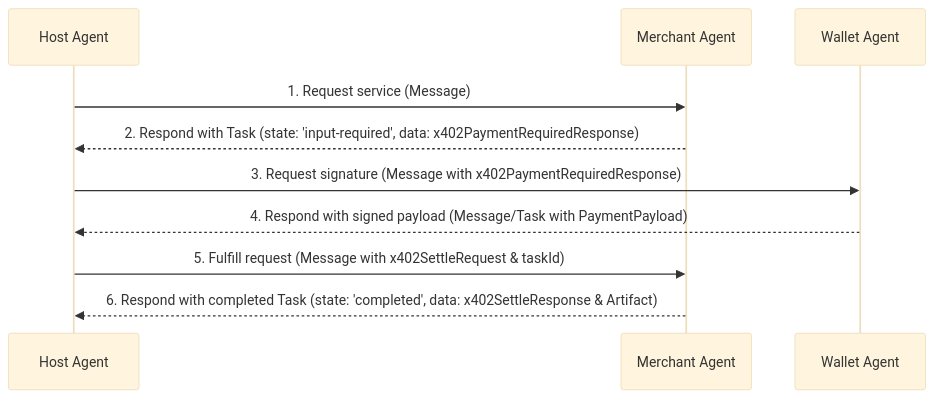
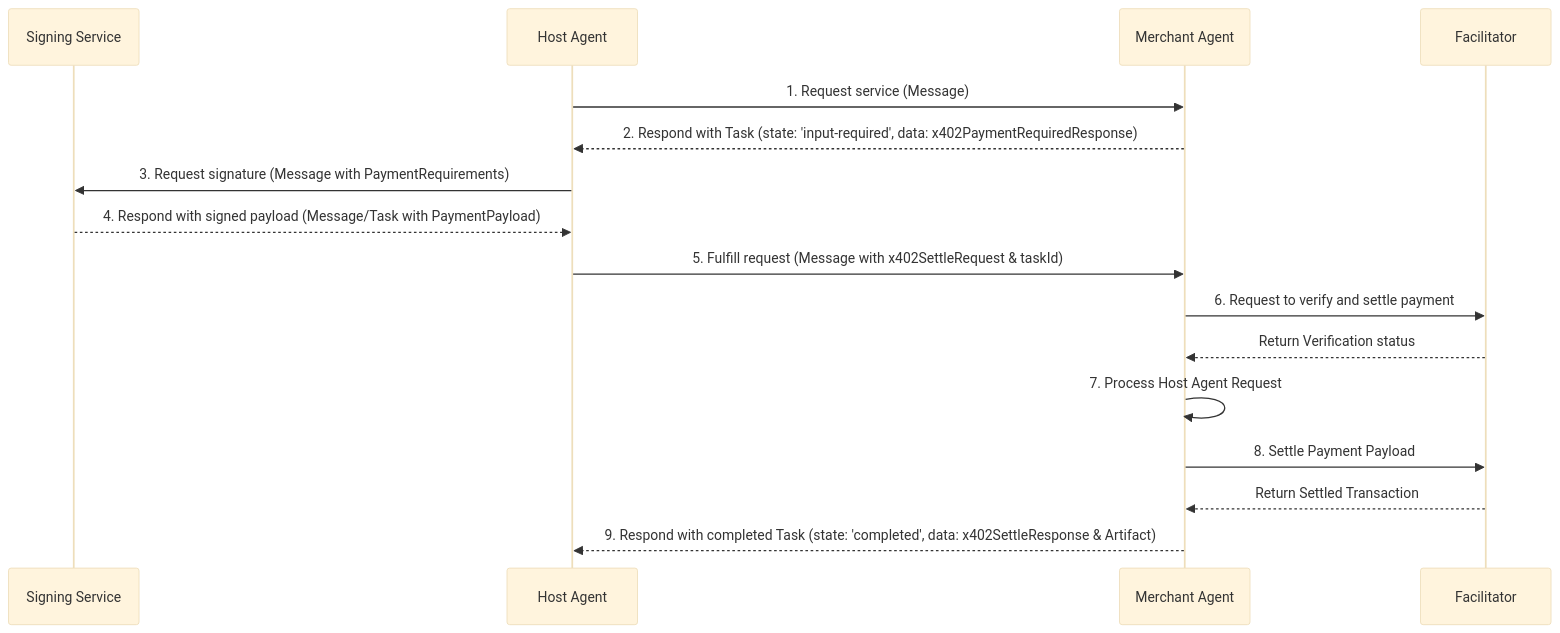
One commit to google-agentic-commerce/a2a-x402 changed the diagram in v0.1/spec.md. Above: the diagram before and after it, drawn with Mermaid (base theme).

````diff
--- a/v0.1/spec.md
+++ b/v0.1/spec.md
@@ -52,13 +52,19 @@
 ```mermaid
 sequenceDiagram
+    participant Signing Service
     participant Host Agent
     participant Merchant Agent
-    participant Wallet Agent
+    participant Facilitator
 
     Host Agent->>Merchant Agent: 1. Request service (Message)
     Merchant Agent-->>Host Agent: 2. Respond with Task (state: 'input-required', data: x402PaymentRequiredResponse)
-    Host Agent->>Wallet Agent: 3. Request signature (Message with x402PaymentRequiredResponse)
-    Wallet Agent-->>Host Agent: 4. Respond with signed payload (Message/Task with PaymentPayload)
+    Host Agent->>Signing Service: 3. Request signature (Message with PaymentRequirements)
+    Signing Service-->>Host Agent: 4. Respond with signed payload (Message/Task with PaymentPayload)
     Host Agent->>Merchant Agent: 5. Fulfill request (Message with x402SettleRequest & taskId)
-    Merchant Agent-->>Host Agent: 6. Respond with completed Task (state: 'completed', data: x402SettleResponse & Artifact)
+    Merchant Agent->>Facilitator: 6. Request to verify and settle payment
+    Facilitator-->>Merchant Agent: Return Verification status
+    Merchant Agent->>Merchant Agent: 7. Process Host Agent Request
+    Merchant Agent->>Facilitator: 8. Settle Payment Payload	
+    Facilitator-->>Merchant Agent: Return Settled Transaction
+    Merchant Agent-->>Host Agent: 9. Respond with completed Task (state: 'completed', data: x402SettleResponse & Artifact)
 ```
````
